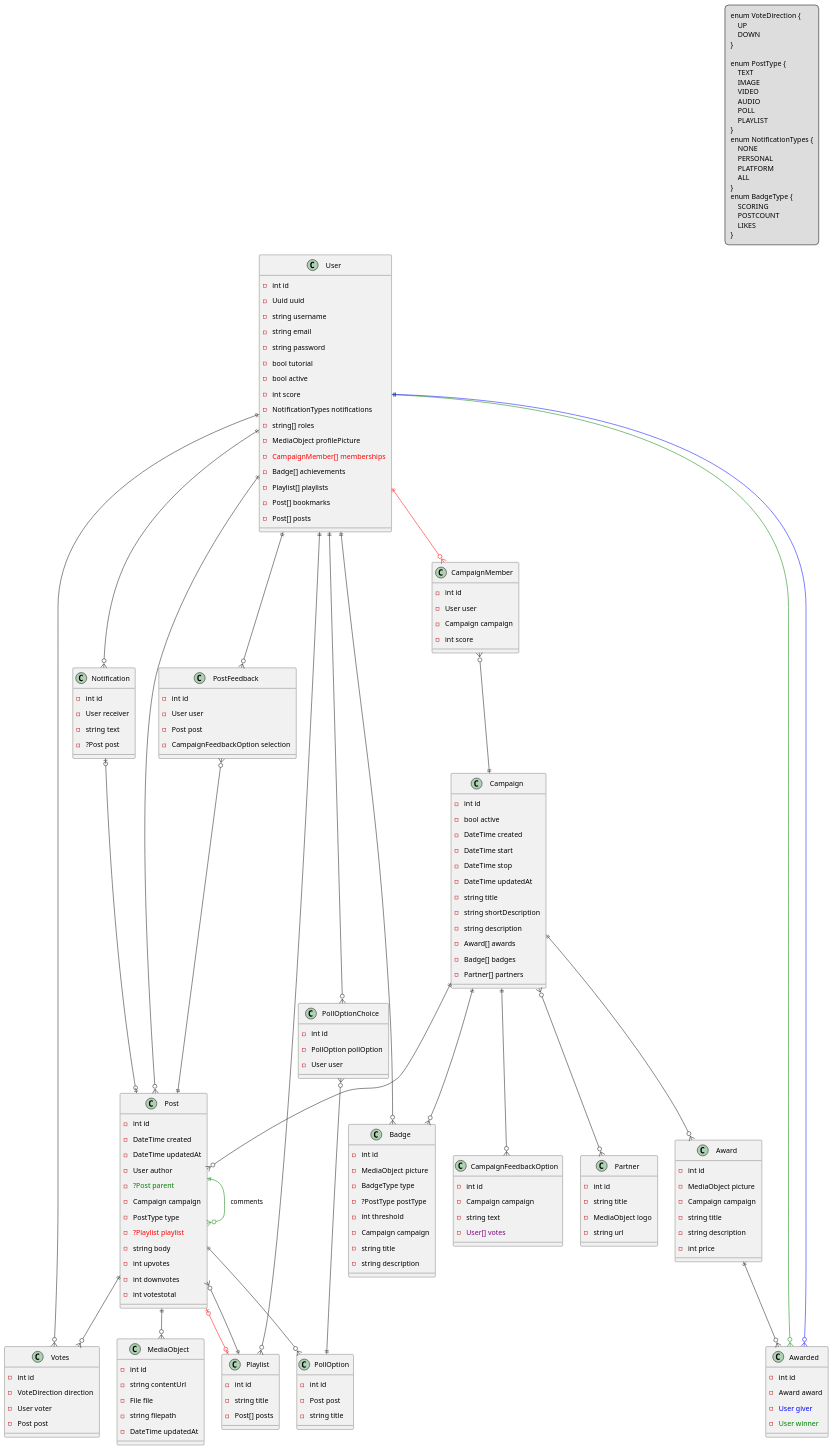
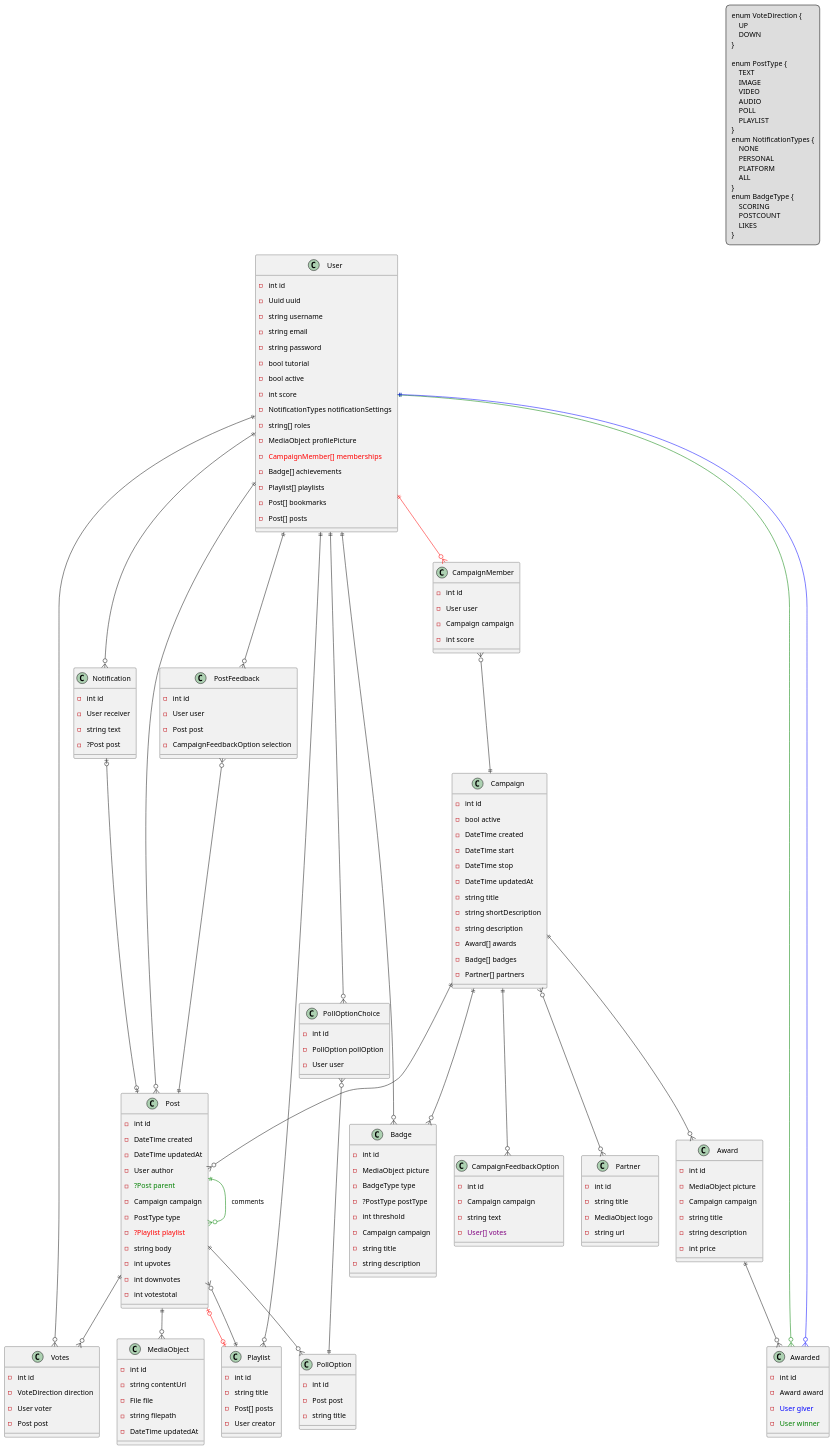
One commit to museum4punkt0/creative-museum changed the diagram in resources/diagrams/ER-Model.puml. Above: the diagram before and after it, drawn with PlantUML. The commit also changed 41 other files, not shown here.

```diff
--- a/resources/diagrams/ER-Model.puml
+++ b/resources/diagrams/ER-Model.puml
@@ -69,7 +69,7 @@
     - bool tutorial
     - bool active
     - int score
-    - NotificationTypes notifications
+    - NotificationTypes notificationSettings
     - string[] roles
     - MediaObject profilePicture
     - <color:#red>CampaignMember[] memberships
@@ -124,6 +124,7 @@
     - int id
     - string title
     - Post[] posts
+    - User creator
 }
 
 class MediaObject {
```
